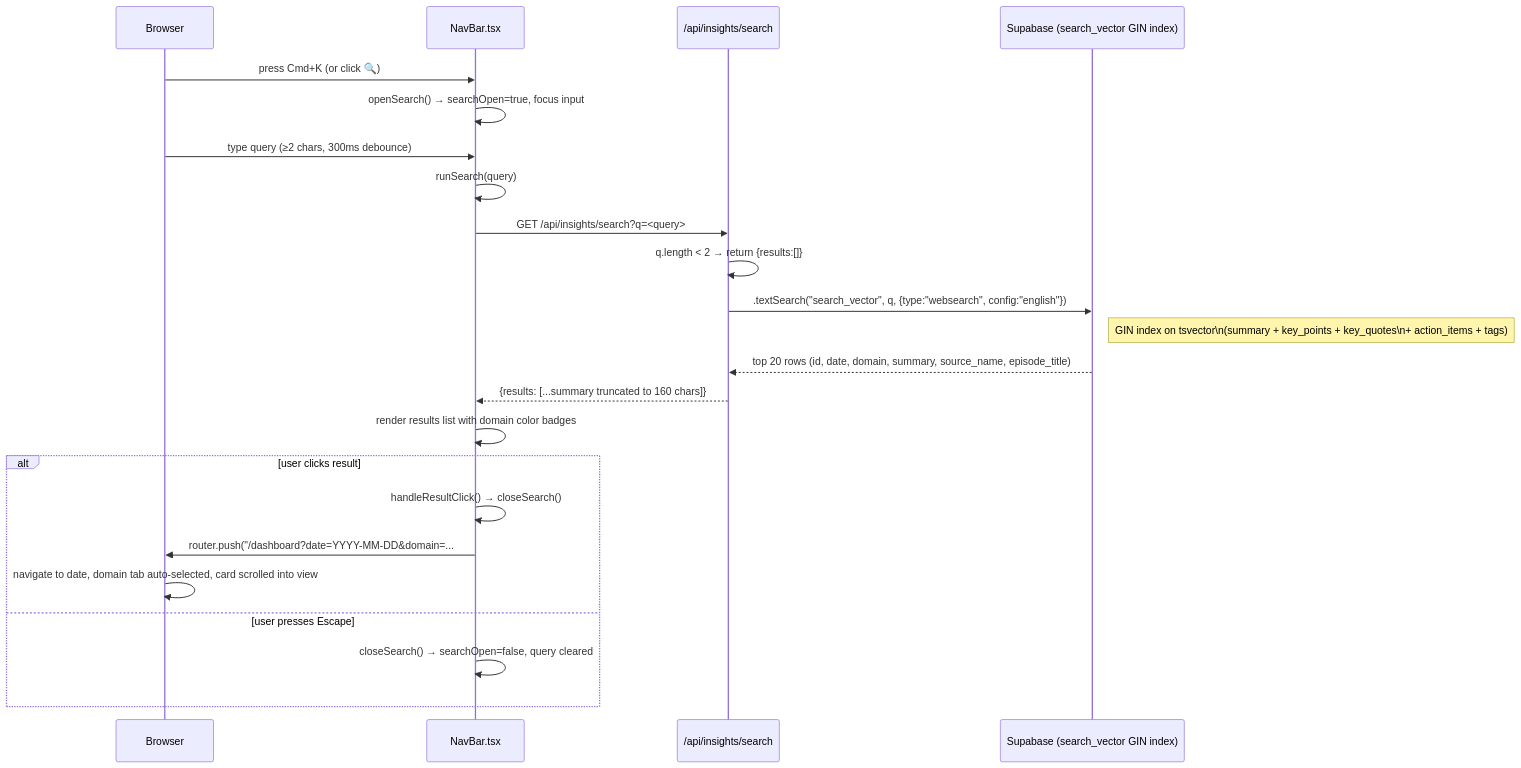
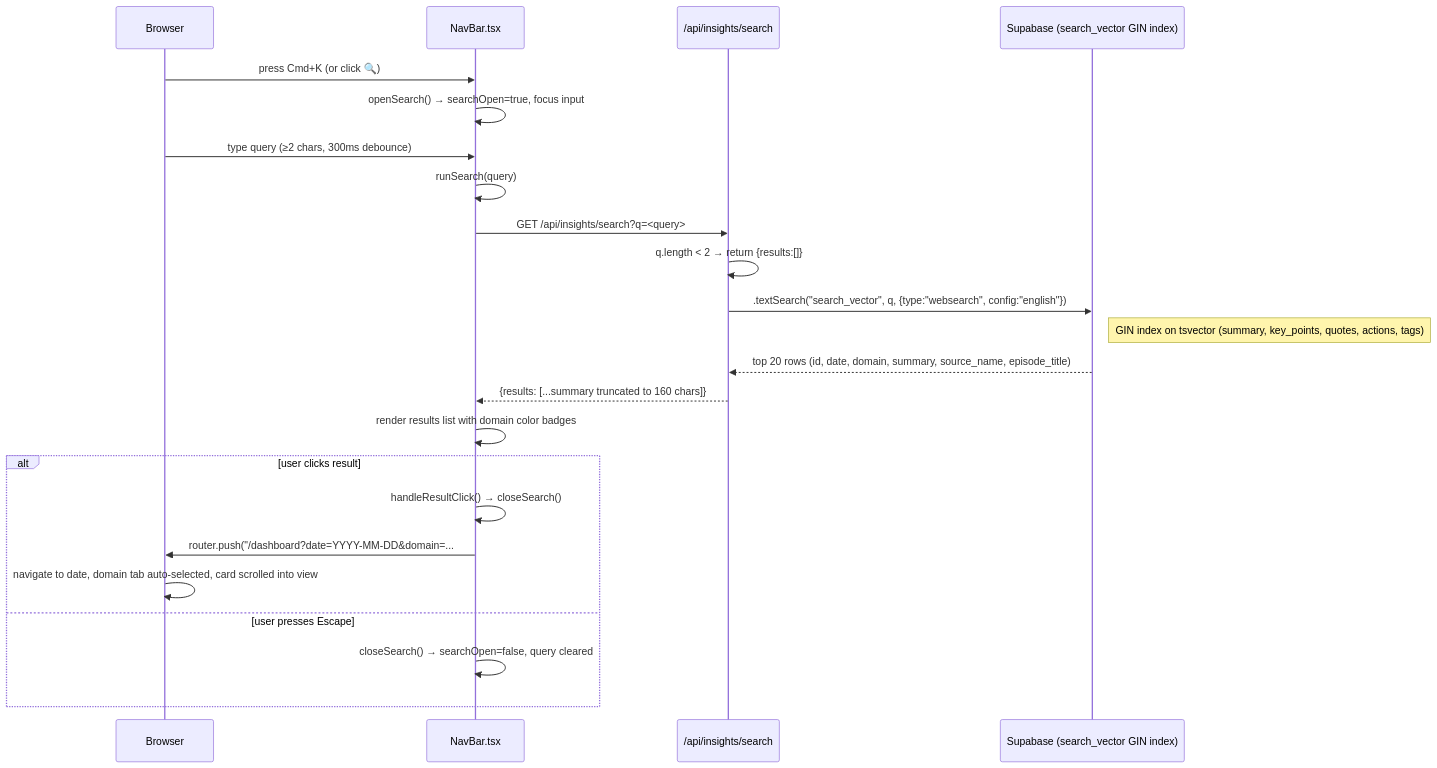
Before and after one commit to vtghub/PodcastsSummarizer: diagram 15 of 17 in docs/request-workflow.md, drawn with Mermaid. The commit also changed other lines of this file, not shown here.

First line of the commit message:
fix: resolve Mermaid parse errors in request-workflow diagrams

````diff
--- a/docs/request-workflow.md
+++ b/docs/request-workflow.md
@@ -495,28 +494,28 @@
 ```mermaid
 sequenceDiagram
     participant B as Browser
     participant NAV as NavBar.tsx
     participant API as /api/insights/search
     participant DB as Supabase (search_vector GIN index)
 
     B->>NAV: press Cmd+K (or click 🔍)
     NAV->>NAV: openSearch() → searchOpen=true, focus input
 
     B->>NAV: type query (≥2 chars, 300ms debounce)
     NAV->>NAV: runSearch(query)
     NAV->>API: GET /api/insights/search?q=<query>
     API->>API: q.length < 2 → return {results:[]}
     API->>DB: .textSearch("search_vector", q, {type:"websearch", config:"english"})
-    Note right of DB: GIN index on tsvector\n(summary + key_points + key_quotes\n+ action_items + tags)
+    Note right of DB: GIN index on tsvector (summary, key_points, quotes, actions, tags)
     DB-->>API: top 20 rows (id, date, domain, summary, source_name, episode_title)
     API-->>NAV: {results: [...summary truncated to 160 chars]}
     NAV->>NAV: render results list with domain color badges
 
     alt user clicks result
         NAV->>NAV: handleResultClick() → closeSearch()
         NAV->>B: router.push("/dashboard?date=YYYY-MM-DD&domain=...#insight-{id}")
         B->>B: navigate to date, domain tab auto-selected, card scrolled into view
     else user presses Escape
         NAV->>NAV: closeSearch() → searchOpen=false, query cleared
     end
 ```
````
